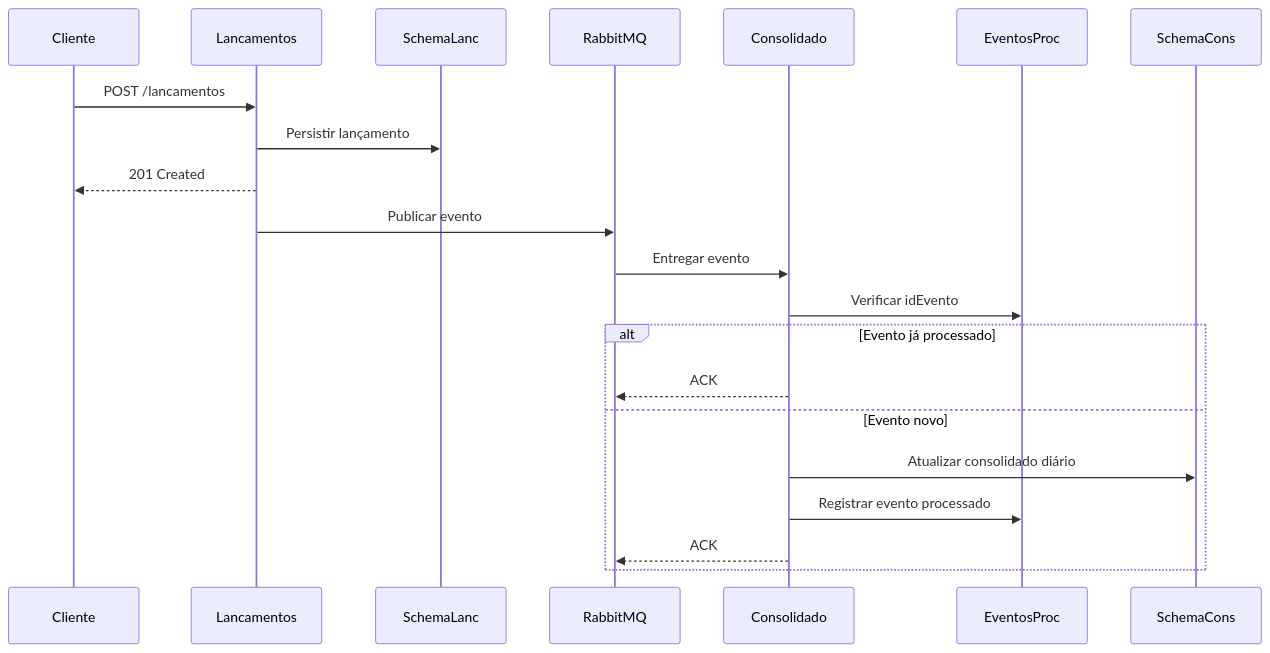
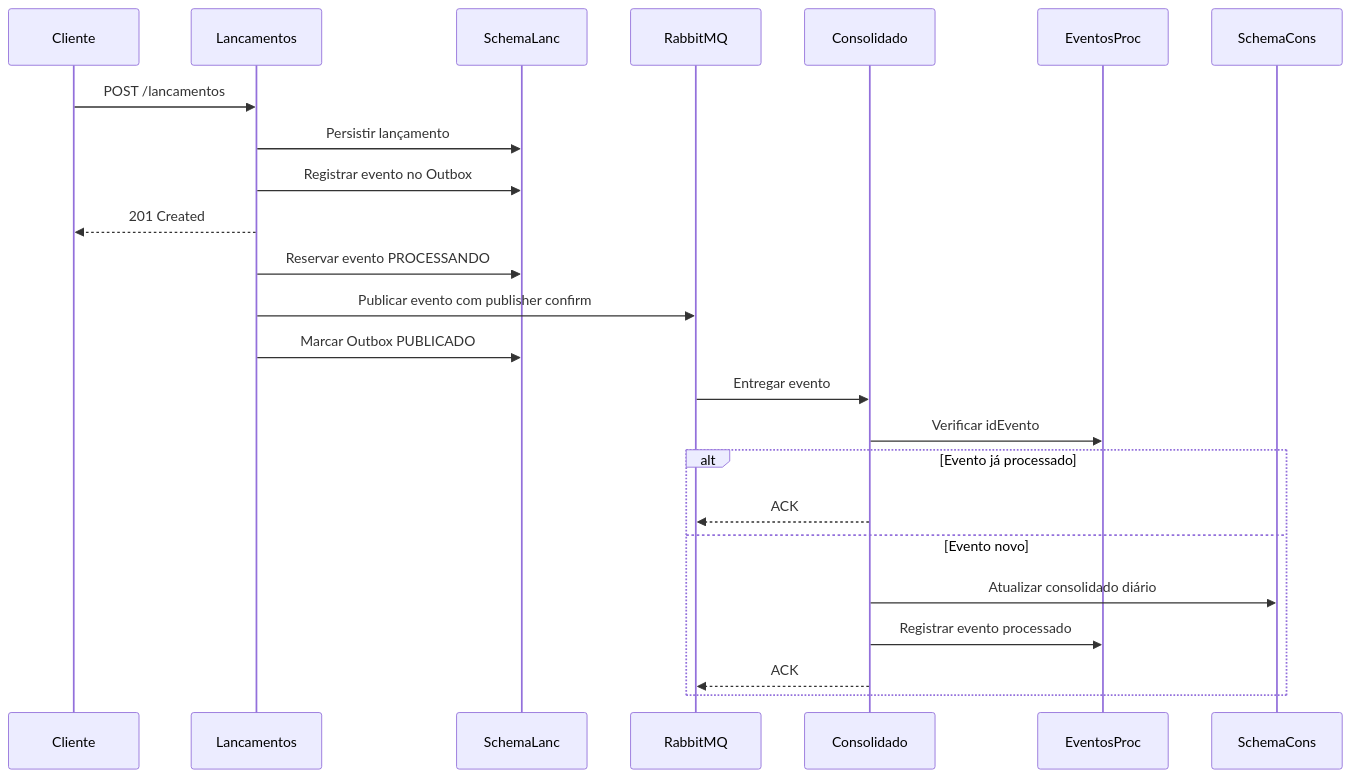
Before and after one commit to jbjares/servico-controle-lancamentos-consolidado: the fourth of 5 diagrams in docs/arquitetura.md, drawn with Mermaid. The commit also changed other lines of this file and 97 other files, not shown here.

````diff
--- a/docs/arquitetura.md
+++ b/docs/arquitetura.md
@@ -461,24 +497,27 @@
 ```mermaid
 sequenceDiagram
     participant Cliente
     participant Lancamentos
     participant SchemaLanc
     participant MQ as RabbitMQ
     participant Consolidado
     participant EventosProc
     participant SchemaCons
 
     Cliente->>Lancamentos: POST /lancamentos
     Lancamentos->>SchemaLanc: Persistir lançamento
+    Lancamentos->>SchemaLanc: Registrar evento no Outbox
     Lancamentos-->>Cliente: 201 Created
-    Lancamentos->>MQ: Publicar evento
+    Lancamentos->>SchemaLanc: Reservar evento PROCESSANDO
+    Lancamentos->>MQ: Publicar evento com publisher confirm
+    Lancamentos->>SchemaLanc: Marcar Outbox PUBLICADO
     MQ->>Consolidado: Entregar evento
     Consolidado->>EventosProc: Verificar idEvento
     alt Evento já processado
         Consolidado-->>MQ: ACK
     else Evento novo
         Consolidado->>SchemaCons: Atualizar consolidado diário
         Consolidado->>EventosProc: Registrar evento processado
         Consolidado-->>MQ: ACK
     end
 ```
````
